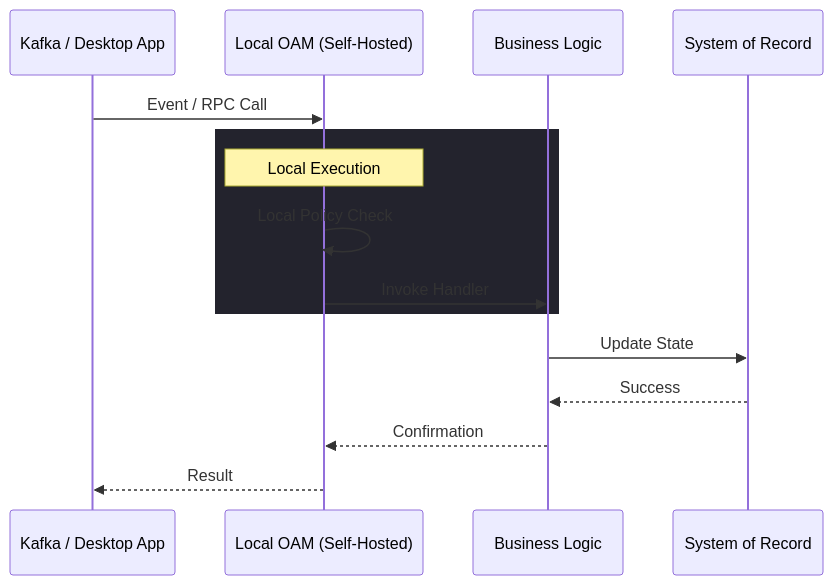
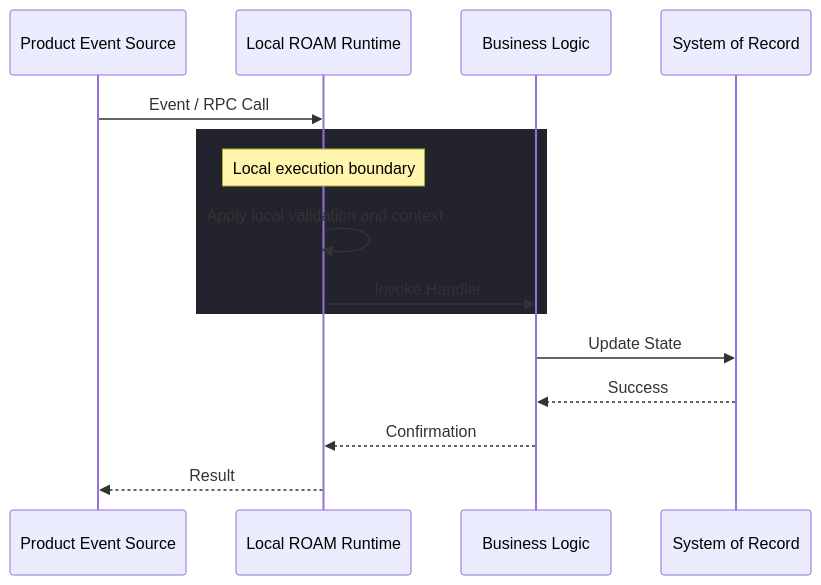
The fourth of 4 diagrams in src/architecture/middleware.md (oamrs/roam-docs), drawn with Mermaid before and after one commit. The commit also changed other lines of this file and 12 other files, not shown here.

Commit message:
Align runtime context surfaces and fix validation gates

````diff
--- a/src/architecture/middleware.md
+++ b/src/architecture/middleware.md
@@ -169,20 +181,20 @@
 ```mermaid
 sequenceDiagram
-    participant Source as Kafka / Desktop App
-    participant OAM as Local OAM (Self-Hosted)
+    participant Source as Product Event Source
+    participant OAM as Local ROAM Runtime
     participant Logic as Business Logic
     participant DB as System of Record
 
     Source->>OAM: Event / RPC Call
     
     rect rgb(35, 35, 45)
-        Note over OAM: Local Execution
-        OAM->>OAM: Local Policy Check
+        Note over OAM: Local execution boundary
+        OAM->>OAM: Apply local validation and context
         OAM->>Logic: Invoke Handler
     end
 
     Logic->>DB: Update State
     DB-->>Logic: Success
     Logic-->>OAM: Confirmation
     OAM-->>Source: Result
 ```
````
